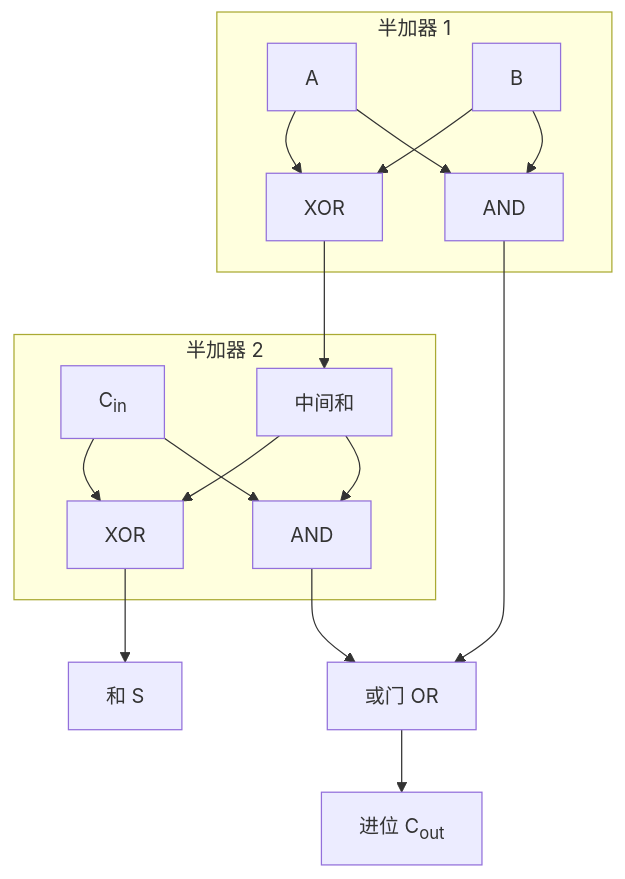
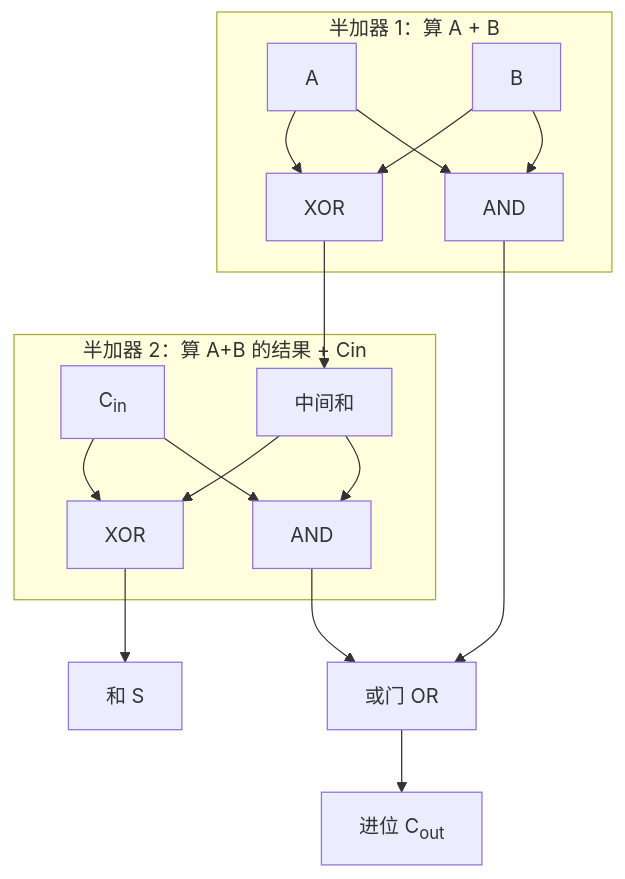
One commit to Atom112/CSTree changed the first of 2 diagrams in src/content/node/00-hardware/08-full-adder.md. Above: the diagram before and after it, drawn with Mermaid. The commit also changed other lines of this file and 17 other files, not shown here.

````diff
--- a/src/content/node/00-hardware/08-full-adder.md
+++ b/src/content/node/00-hardware/08-full-adder.md
@@ -39,22 +55,22 @@
 ```mermaid
 graph TD
-    subgraph HA1[半加器 1]
+    subgraph HA1[半加器 1：算 A + B]
         A[A] --> XOR1[XOR]
         B[B] --> XOR1
         A --> AND1[AND]
         B --> AND1
     end
 
-    subgraph HA2[半加器 2]
+    subgraph HA2[半加器 2：算 A+B 的结果 + Cin]
         Cin[C<sub>in</sub>] --> XOR2[XOR]
         S1[中间和] --> XOR2
         Cin --> AND2[AND]
         S1 --> AND2
     end
 
     XOR1 --> S1
     XOR2 --> S[和 S]
     AND1 --> OR[或门 OR]
     AND2 --> OR
     OR --> Cout[进位 C<sub>out</sub>]
 ```
````
